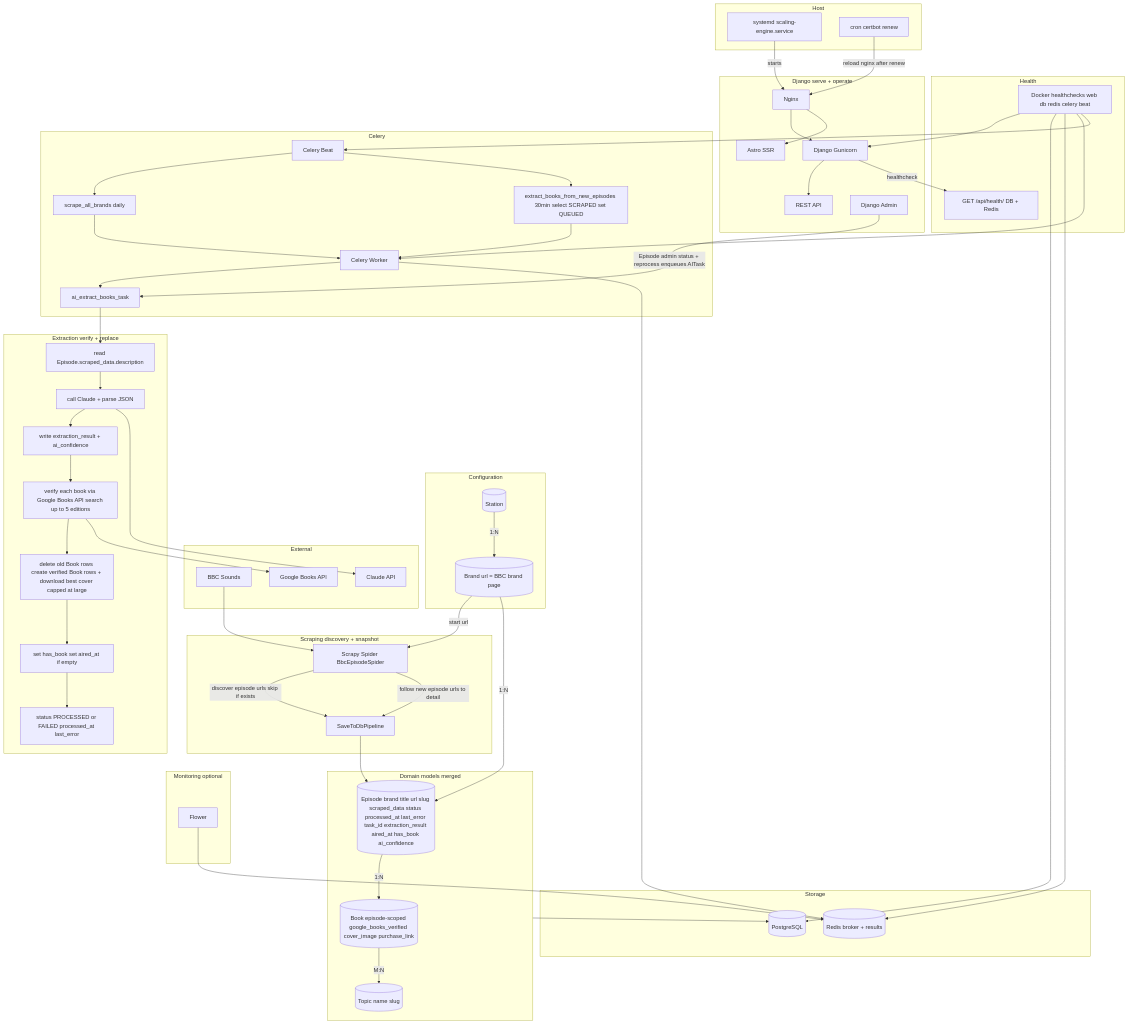
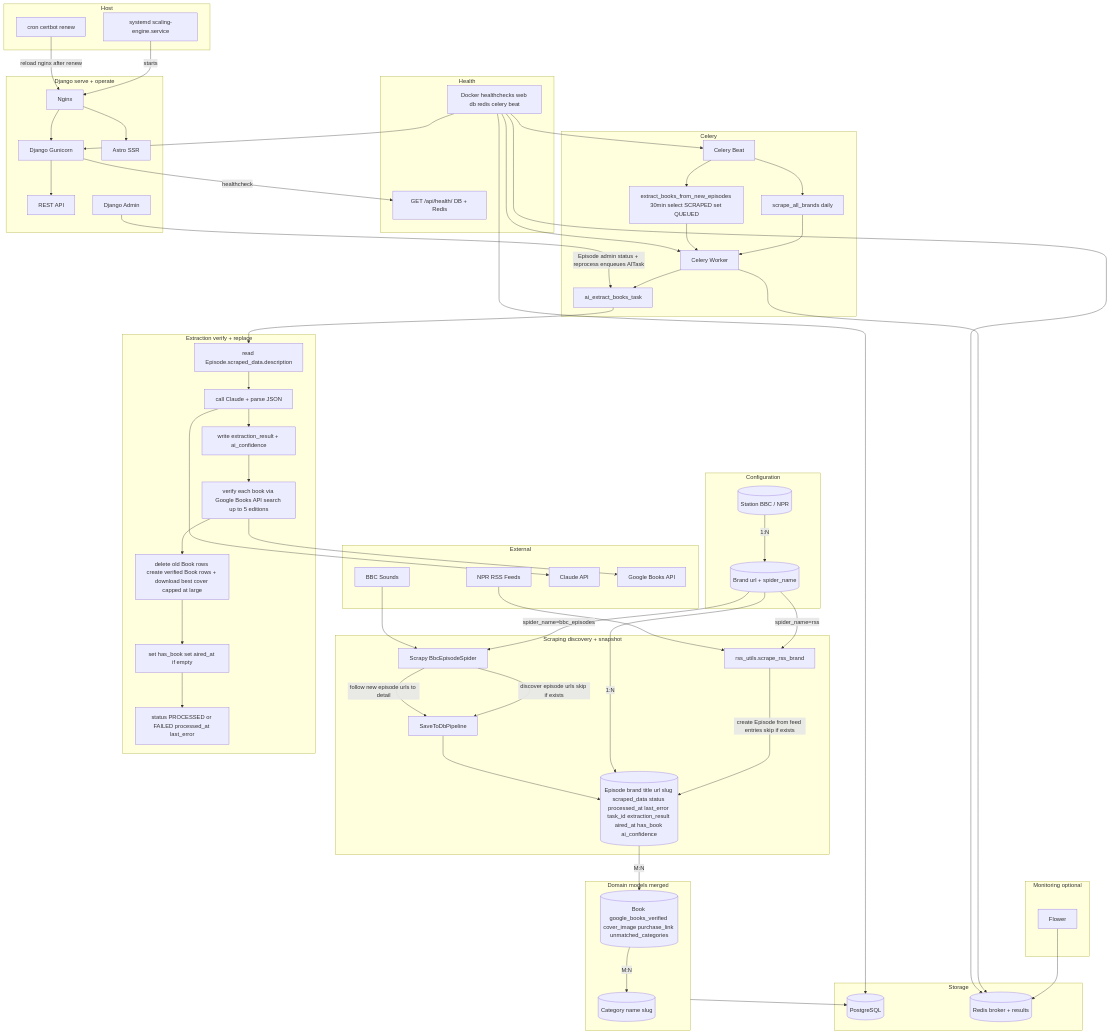
The first of 2 diagrams in ARCHITECTURE.md (seb-thomas/scaling-engine), drawn with Mermaid before and after one commit. The commit also changed other lines of this file and 2 other files, not shown here.

First line of the commit message:
Update architecture and project docs for multi-source scraping

```diff
--- a/ARCHITECTURE.md
+++ b/ARCHITECTURE.md
@@ -67,23 +68,28 @@
 
   subgraph external [External]
     BBC[BBC Sounds]
+    NPR[NPR RSS Feeds]
     Claude[Claude API]
     GoogleBooks[Google Books API]
   end
 
   subgraph config [Configuration]
-    Station[(Station)]
-    Brand[(Brand url = BBC brand page)]
+    Station[(Station BBC / NPR)]
+    Brand[(Brand url + spider_name)]
     Station -->|1:N| Brand
   end
 
   subgraph scraping [Scraping discovery + snapshot]
-    Spider[Scrapy Spider BbcEpisodeSpider]
+    Spider[Scrapy BbcEpisodeSpider]
+    RSSUtil[rss_utils.scrape_rss_brand]
     Pipeline[SaveToDbPipeline]
-    Brand -->|start url| Spider
+    Brand -->|"spider_name=bbc_episodes"| Spider
+    Brand -->|"spider_name=rss"| RSSUtil
     BBC --> Spider
+    NPR --> RSSUtil
     Spider -->|discover episode urls skip if exists| Pipeline
     Spider -->|follow new episode urls to detail| Pipeline
+    RSSUtil -->|"create Episode from feed entries skip if exists"| Episode
   end
 
   subgraph django [Django serve + operate]
@@ -99,10 +105,10 @@
 
   subgraph models [Domain models merged]
     Episode[(Episode brand title url slug scraped_data status processed_at last_error task_id extraction_result aired_at has_book ai_confidence)]
-    Book[(Book episode-scoped google_books_verified cover_image purchase_link)]
-    Topic[(Topic name slug)]
+    Book[(Book google_books_verified cover_image purchase_link unmatched_categories)]
+    Topic[(Category name slug)]
     Brand -->|1:N| Episode
-    Episode -->|1:N| Book
+    Episode -->|M:N| Book
     Book -->|M:N| Topic
   end
 
```
